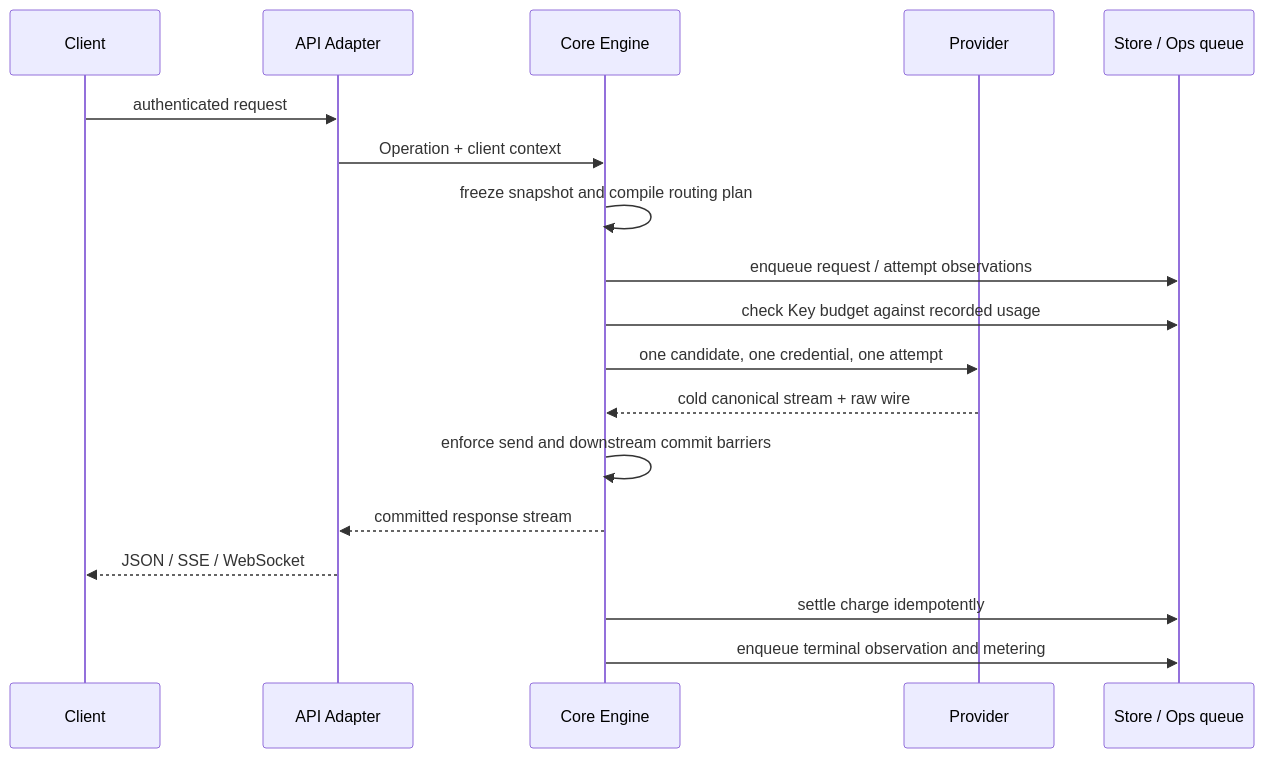
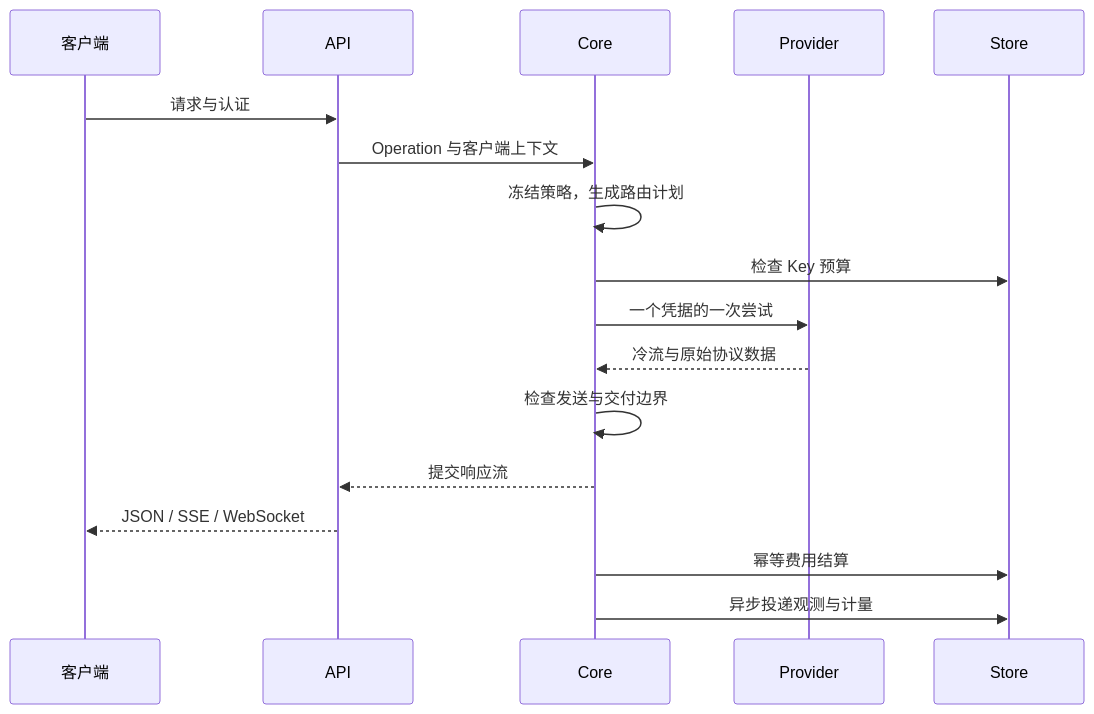
The third of 3 diagrams in docs/architecture.md (2han9wen71an/codex-proxy-rs), drawn with Mermaid before and after one commit. The commit also changed other lines of this file and 795 other files, not shown here.

````diff
--- a/docs/architecture.md
+++ b/docs/architecture.md
@@ -150,21 +227,20 @@
 ```mermaid
 sequenceDiagram
-  participant C as Client
-  participant A as API Adapter
-  participant E as Core Engine
+  participant C as 客户端
+  participant A as API
+  participant E as Core
   participant P as Provider
-  participant S as Store / Ops queue
+  participant S as Store
 
-  C->>A: authenticated request
-  A->>E: Operation + client context
-  E->>E: freeze snapshot and compile routing plan
-  E->>S: enqueue request / attempt observations
-  E->>S: check Key budget against recorded usage
-  E->>P: one candidate, one credential, one attempt
-  P-->>E: cold canonical stream + raw wire
-  E->>E: enforce send and downstream commit barriers
-  E-->>A: committed response stream
+  C->>A: 请求与认证
+  A->>E: Operation 与客户端上下文
+  E->>E: 冻结策略，生成路由计划
+  E->>S: 检查 Key 预算
+  E->>P: 一个凭据的一次尝试
+  P-->>E: 冷流与原始协议数据
+  E->>E: 检查发送与交付边界
+  E-->>A: 提交响应流
   A-->>C: JSON / SSE / WebSocket
-  E->>S: settle charge idempotently
-  E->>S: enqueue terminal observation and metering
+  E->>S: 幂等费用结算
+  E->>S: 异步投递观测与计量
 ```
````
